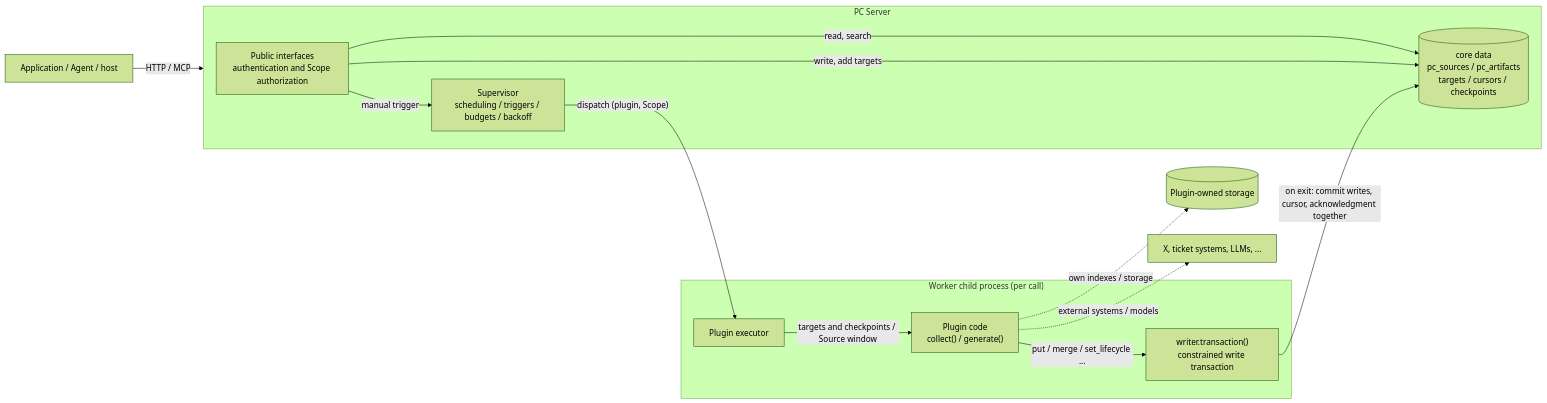
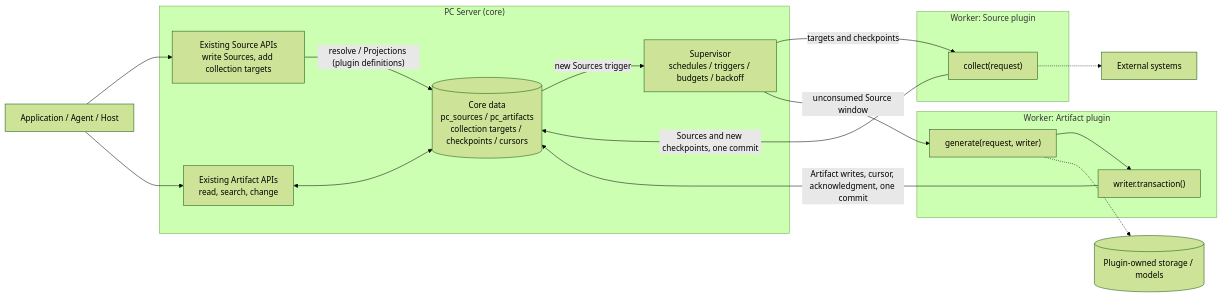
One commit to oceanbase/powercontext changed the diagram in docs/en/rfcs/2549-plugin-interfaces.md. Above: the diagram before and after it, drawn with Mermaid (forest theme). The commit also changed other lines of this file and 1 other file, not shown here.

Commit message:
docs(rfc): declare plugins in code and reuse the Source and Artifact APIs

````diff
--- a/docs/en/rfcs/2549-plugin-interfaces.md
+++ b/docs/en/rfcs/2549-plugin-interfaces.md
@@ -88,23 +90,29 @@
 ```mermaid
 flowchart LR
-    Host["Application / Agent / host"] -->|"HTTP / MCP"| Server
-    subgraph Server["PC Server"]
-        API["Public interfaces<br/>authentication and Scope authorization"]
-        Sup["Supervisor<br/>scheduling / triggers / budgets / backoff"]
-        Core[("core data<br/>pc_sources / pc_artifacts<br/>targets / cursors / checkpoints")]
+    Caller["Application / Agent / Host"]
+    subgraph Server["PC Server (core)"]
+        SourceAPI["Existing Source APIs<br/>write Sources, add collection targets"]
+        ArtifactAPI["Existing Artifact APIs<br/>read, search, change"]
+        Sup["Supervisor<br/>schedules / triggers / budgets / backoff"]
+        Core[("Core data<br/>pc_sources / pc_artifacts<br/>collection targets / checkpoints / cursors")]
     end
-    subgraph Worker["Worker child process (per call)"]
-        Exec["Plugin executor"]
-        Plugin["Plugin code<br/>collect() / generate()"]
-        Tx["writer.transaction()<br/>constrained write transaction"]
-        Exec -->|"targets and checkpoints / Source window"| Plugin
-        Plugin -->|"put / merge / set_lifecycle ..."| Tx
+    subgraph SW["Worker: Source plugin"]
+        Collect["collect(request)"]
     end
-    API -->|"read, search"| Core
-    API -->|"write, add targets"| Core
-    API -->|"manual trigger"| Sup
-    Sup -->|"dispatch (plugin, Scope)"| Exec
-    Tx -->|"on exit: commit writes, cursor, acknowledgment together"| Core
-    Plugin -.->|"own indexes / storage"| Own[("Plugin-owned storage")]
-    Plugin -.->|"external systems / models"| Ext["X, ticket systems, LLMs, ..."]
+    subgraph AW["Worker: Artifact plugin"]
+        Generate["generate(request, writer)"]
+        Tx["writer.transaction()"]
+        Generate --> Tx
+    end
+    Caller --> SourceAPI
+    Caller --> ArtifactAPI
+    SourceAPI -->|"resolve / Projections (plugin definitions)"| Core
+    ArtifactAPI <--> Core
+    Sup -->|"targets and checkpoints"| Collect
+    Collect -->|"Sources and new checkpoints, one commit"| Core
+    Core -->|"new Sources trigger"| Sup
+    Sup -->|"unconsumed Source window"| Generate
+    Tx -->|"Artifact writes, cursor, acknowledgment, one commit"| Core
+    Collect -.-> Ext["External systems"]
+    Generate -.-> Own[("Plugin-owned storage / models")]
 ```
````
